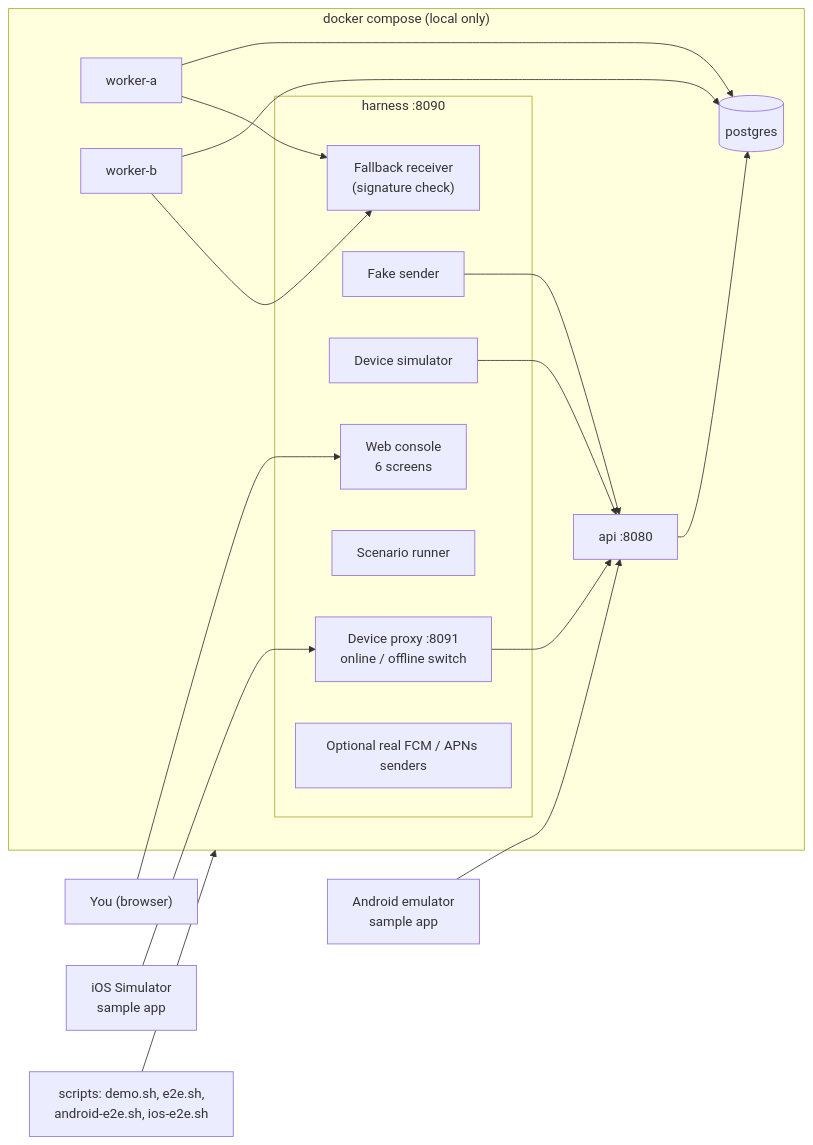
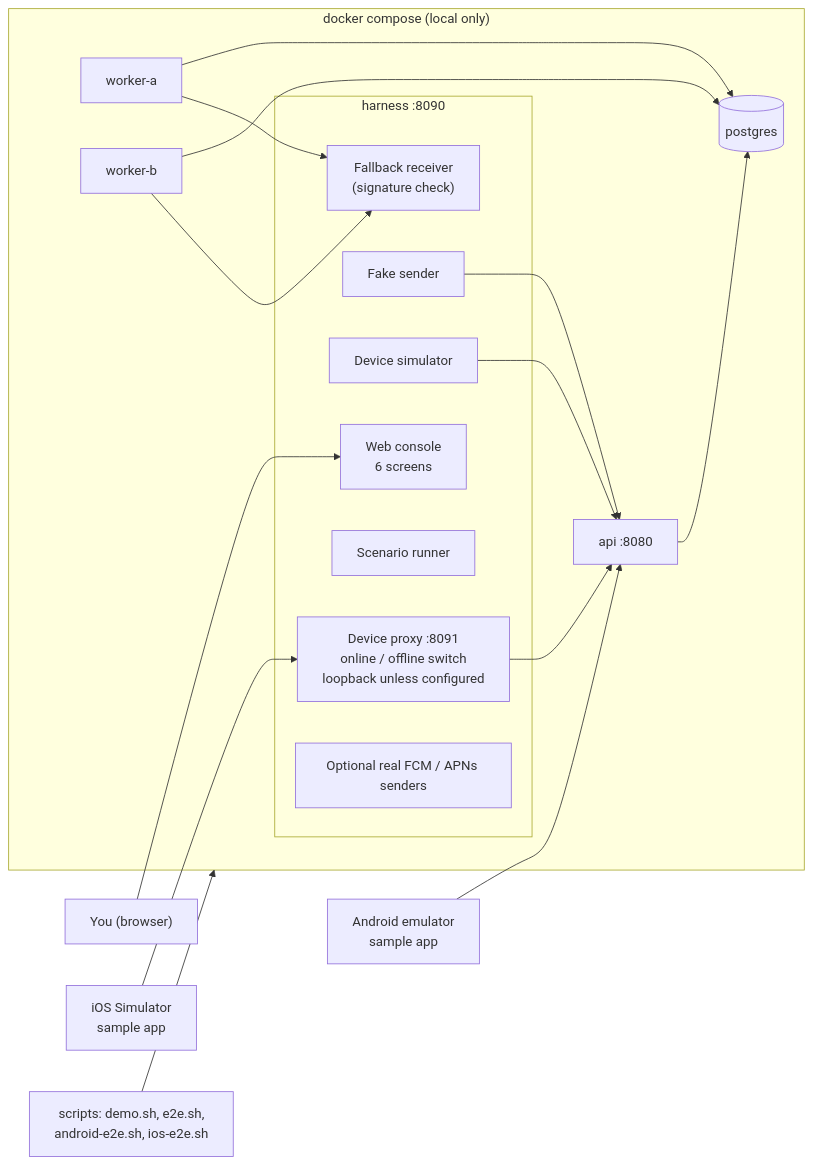
One commit to valentirob/reliable-push changed the tenth of 12 diagrams in docs/overview.md. Above: the diagram before and after it, drawn with Mermaid. The commit also changed other lines of this file and 7 other files, not shown here.

Commit message:
docs: M7 and M12 fixes in the iOS and testing guides, diagrams, slides, changelog

````diff
--- a/docs/overview.md
+++ b/docs/overview.md
@@ -270,25 +270,25 @@
 ```mermaid
 flowchart LR
   subgraph compose["docker compose (local only)"]
     PG[("postgres")]
     API["api :8080"]
     WA["worker-a"]
     WB["worker-b"]
     subgraph H["harness :8090"]
       CON["Web console<br/>6 screens"]
       FS["Fake sender"]
       DS["Device simulator"]
       RCV["Fallback receiver<br/>(signature check)"]
       SR["Scenario runner"]
-      DP["Device proxy :8091<br/>online / offline switch"]
+      DP["Device proxy :8091<br/>online / offline switch<br/>loopback unless configured"]
       RS["Optional real FCM / APNs senders"]
     end
   end
   USER["You (browser)"] --> CON
   FS & DS --> API
   API & WA & WB --> PG
   WA & WB --> RCV
   EMU["Android emulator<br/>sample app"] --> API
   SIM["iOS Simulator<br/>sample app"] --> DP --> API
   SCRIPTS["scripts: demo.sh, e2e.sh,<br/>android-e2e.sh, ios-e2e.sh"] --> compose
 ```
````
